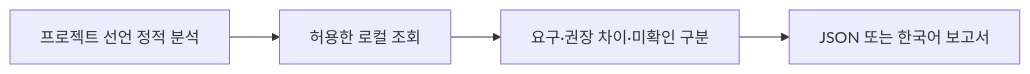
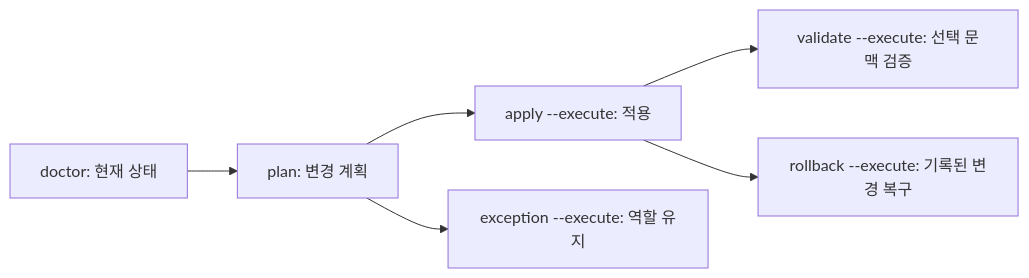
Before and after one commit to tttaliesin/windows-agent-devkit: the diagram in docs/diagnostic-cli.md, drawn with Mermaid. The commit also changed other lines of this file and 54 other files, not shown here.

````diff
--- a/docs/diagnostic-cli.md
+++ b/docs/diagnostic-cli.md
@@ -129,6 +34,8 @@
 ```mermaid
 flowchart LR
-    A["프로젝트 선언 정적 분석"] --> B["허용한 로컬 조회"]
-    B --> C["요구·권장 차이·미확인 구분"]
-    C --> D["JSON 또는 한국어 보고서"]
+    A["doctor: 현재 상태"] --> B["plan: 변경 계획"]
+    B --> C["apply --execute: 적용"]
+    C --> D["validate --execute: 선택 문맥 검증"]
+    C --> E["rollback --execute: 기록된 변경 복구"]
+    B --> F["exception --execute: 역할 유지"]
 ```
````
